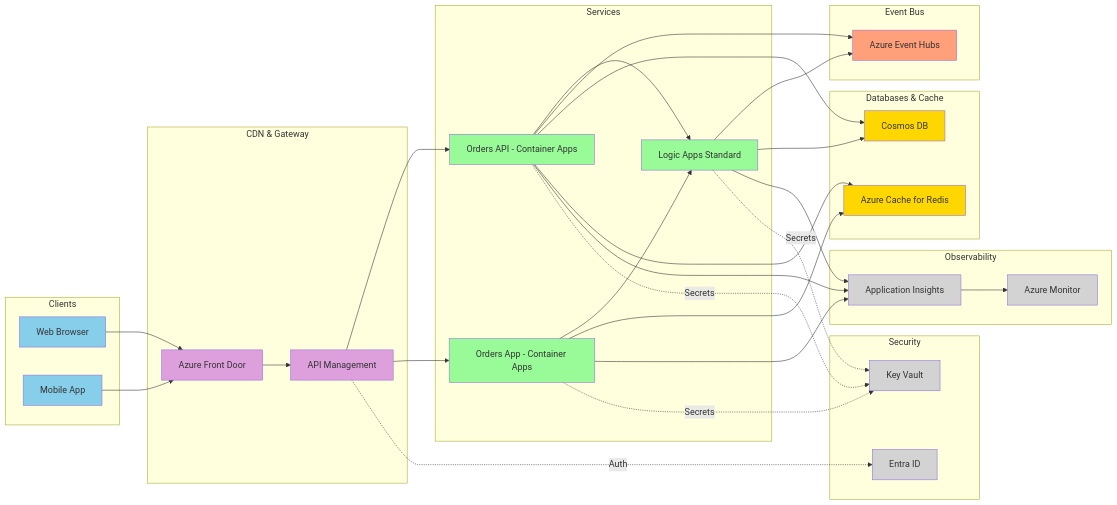
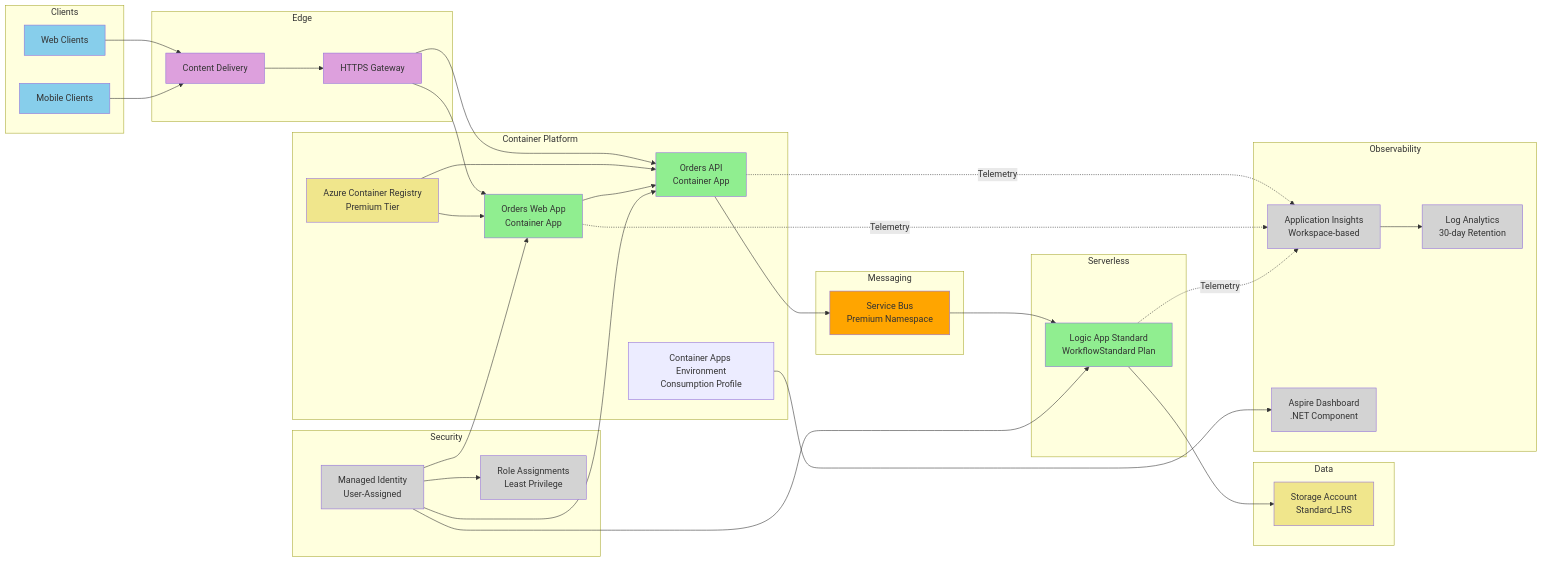
The ninth of 12 diagrams in bdat.md (Evilazaro/Azure-LogicApps-Monitoring), drawn with Mermaid before and after one commit. The commit also changed other lines of this file and 1 other file, not shown here.

````diff
--- a/bdat.md
+++ b/bdat.md
@@ -497,84 +505,83 @@
 ```mermaid
 flowchart LR
-    subgraph "Clients"
-        CL1[Web Browser]
-        CL2[Mobile App]
+    subgraph Clients
+        WEB[Web Clients]
+        MOB[Mobile Clients]
     end
     
-    subgraph "CDN & Gateway"
-        CDN[Azure Front Door]
-        APIM[API Management]
+    subgraph Edge
+        CDN[Content Delivery]
+        GW[HTTPS Gateway]
     end
     
-    subgraph "Services"
-        SVC1[Orders API - Container Apps]
-        SVC2[Orders App - Container Apps]
-        SVC3[Logic Apps Standard]
+    subgraph Container Platform
+        ACR[Azure Container Registry<br/>Premium Tier]
+        CAE[Container Apps Environment<br/>Consumption Profile]
+        API_APP[Orders API<br/>Container App]
+        WEB_APP[Orders Web App<br/>Container App]
     end
     
-    subgraph "Event Bus"
-        EH[Azure Event Hubs]
+    subgraph Serverless
+        LA[Logic App Standard<br/>WorkflowStandard Plan]
     end
     
-    subgraph "Databases & Cache"
-        DB1[Cosmos DB]
-        CACHE[Azure Cache for Redis]
+    subgraph Messaging
+        SB[Service Bus<br/>Premium Namespace]
     end
     
-    subgraph "Observability"
-        AI[Application Insights]
-        MON[Azure Monitor]
+    subgraph Data
+        SA[Storage Account<br/>Standard_LRS]
     end
     
-    subgraph "Security"
-        KV[Key Vault]
-        AAD[Entra ID]
+    subgraph Observability
+        AI[Application Insights<br/>Workspace-based]
+        LAW[Log Analytics<br/>30-day Retention]
+        ASP[Aspire Dashboard<br/>.NET Component]
     end
     
-    CL1 --> CDN
-    CL2 --> CDN
+    subgraph Security
+        MI[Managed Identity<br/>User-Assigned]
+        RBAC[Role Assignments<br/>Least Privilege]
+    end
     
-    CDN --> APIM
+    WEB --> CDN
+    MOB --> CDN
+    CDN --> GW
+    GW --> API_APP
+    GW --> WEB_APP
     
-    APIM --> SVC1
-    APIM --> SVC2
+    ACR --> API_APP
+    ACR --> WEB_APP
+    API_APP --> SB
+    WEB_APP --> API_APP
+    SB --> LA
+    LA --> SA
     
-    SVC1 --> SVC3
-    SVC2 --> SVC3
+    API_APP -.->|Telemetry| AI
+    WEB_APP -.->|Telemetry| AI
+    LA -.->|Telemetry| AI
+    AI --> LAW
     
-    SVC1 --> EH
-    SVC3 --> EH
+    CAE --> ASP
     
-    SVC1 --> DB1
-    SVC3 --> DB1
+    MI --> API_APP
+    MI --> WEB_APP
+    MI --> LA
+    MI --> RBAC
     
-    SVC1 --> CACHE
-    SVC2 --> CACHE
-    
-    SVC1 --> AI
-    SVC2 --> AI
-    SVC3 --> AI
-    
-    AI --> MON
-    
-    SVC1 -.->|Secrets| KV
-    SVC2 -.->|Secrets| KV
-    SVC3 -.->|Secrets| KV
-    
-    APIM -.->|Auth| AAD
-    
-    style CL1 fill:#87CEEB
-    style CL2 fill:#87CEEB
+    style WEB fill:#87CEEB
+    style MOB fill:#87CEEB
     style CDN fill:#DDA0DD
-    style APIM fill:#DDA0DD
-    style SVC1 fill:#98FB98
-    style SVC2 fill:#98FB98
-    style SVC3 fill:#98FB98
-    style EH fill:#FFA07A
-    style DB1 fill:#FFD700
-    style CACHE fill:#FFD700
+    style GW fill:#DDA0DD
+    style API_APP fill:#90EE90
+    style WEB_APP fill:#90EE90
+    style LA fill:#90EE90
+    style SB fill:#FFA500
+    style ACR fill:#F0E68C
+    style SA fill:#F0E68C
     style AI fill:#D3D3D3
-    style MON fill:#D3D3D3
-    style KV fill:#D3D3D3
-    style AAD fill:#D3D3D3
+    style LAW fill:#D3D3D3
+    style ASP fill:#D3D3D3
+    style MI fill:#D3D3D3
+    style RBAC fill:#D3D3D3
 ```
````
